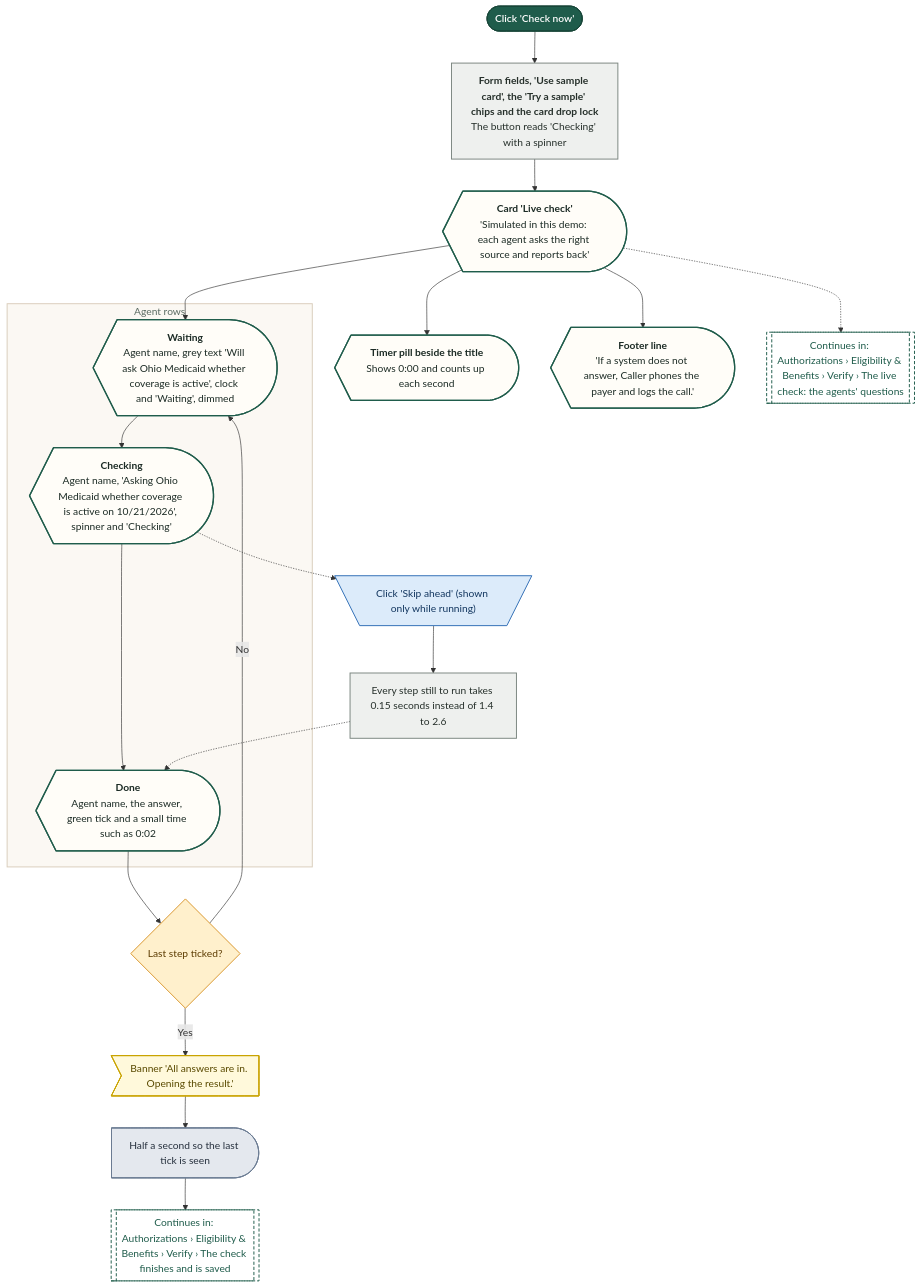
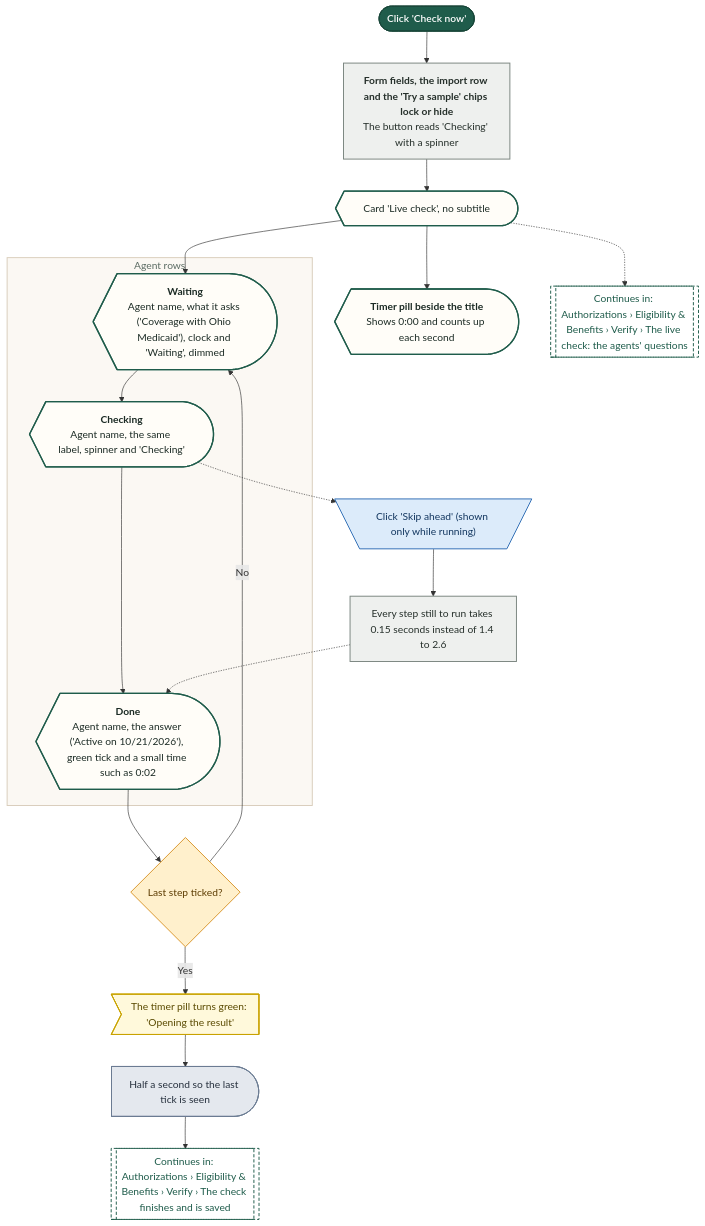
One commit to Shrav143/psyfloapp changed the ninth of 28 diagrams in demos/prior-auth-demo/workflows/out/md/05-eligibility.md. Above: the diagram before and after it, drawn with Mermaid. The commit also changed other lines of this file and 202 other files, not shown here.

First line of the commit message:
docs: round 6 README, CONVENTIONS, spec section 17, diagram module blurbs and 336 rebuilt diagrams

````diff
--- a/demos/prior-auth-demo/workflows/out/md/05-eligibility.md
+++ b/demos/prior-auth-demo/workflows/out/md/05-eligibility.md
@@ -655,56 +670,54 @@
 ```mermaid
 %%{init: {"theme":"base","themeVariables":{"fontFamily":"'DM Sans', 'Segoe UI', system-ui, sans-serif","fontSize":"15px","lineColor":"#5B6B63","primaryTextColor":"#1C2B25","clusterBkg":"#FBF8F3","clusterBorder":"#D9CDBB","edgeLabelBackground":"#FFFFFF"},"flowchart":{"curve":"basis","nodeSpacing":36,"rankSpacing":48,"padding":12,"htmlLabels":true,"useMaxWidth":false,"wrappingWidth":230}} }%%
 flowchart TD
   classDef k_start fill:#1F5C4B,stroke:#174638,color:#FFFFFF,stroke-width:1.5px,font-weight:600
   classDef k_end fill:#DDEFE3,stroke:#2E7D4F,color:#14502F,stroke-width:1.5px,font-weight:600
   classDef k_endx fill:#FBE3E0,stroke:#C0392B,color:#7A1F16,stroke-width:1.5px,font-weight:600
   classDef k_screen fill:#FFFDF8,stroke:#1F5C4B,color:#1C2B25,stroke-width:2px
   classDef k_overlay fill:#F1F7F3,stroke:#1F5C4B,color:#1C2B25,stroke-width:2px,stroke-dasharray:5 3
   classDef k_click fill:#DCEBFA,stroke:#2F6DB5,color:#12365F,stroke-width:1.5px
   classDef k_input fill:#E4E7FF,stroke:#4C5FD5,color:#1D2670,stroke-width:1.5px
   classDef k_process fill:#EEF0EE,stroke:#7A857F,color:#26302B,stroke-width:1.5px
   classDef k_agent fill:#EEE5FA,stroke:#7A4FC2,color:#341A63,stroke-width:1.5px
   classDef k_decision fill:#FFF0CC,stroke:#D9962B,color:#5C3B00,stroke-width:1.5px
   classDef k_store fill:#D5F0EA,stroke:#1C8E7B,color:#0B4A3F,stroke-width:1.5px
   classDef k_doc fill:#F6E9DC,stroke:#B07A4C,color:#4A2E14,stroke-width:1.5px
   classDef k_ext fill:#FFE6D2,stroke:#E07B39,color:#6B2F06,stroke-width:1.5px
   classDef k_wait fill:#E4E8EE,stroke:#6B7C93,color:#26303D,stroke-width:1.5px
   classDef k_toast fill:#FFF9DB,stroke:#C9A400,color:#5A4A00,stroke-width:1.5px
   classDef k_goto fill:#FFFFFF,stroke:#1F5C4B,color:#1F5C4B,stroke-width:1.5px,stroke-dasharray:5 3
   s1@{ shape: stadium, label: "Click 'Check now'" }
-  p1@{ shape: rect, label: "<b>Form fields, 'Use sample card', the 'Try a sample' chips and the card drop lock</b><br/>The button reads 'Checking' with a spinner" }
-  sc@{ shape: curv-trap, label: "<b>Card 'Live check'</b><br/>'Simulated in this demo: each agent asks the right source and reports back'" }
+  p1@{ shape: rect, label: "<b>Form fields, the import row and the 'Try a sample' chips lock or hide</b><br/>The button reads 'Checking' with a spinner" }
+  sc@{ shape: curv-trap, label: "Card 'Live check', no subtitle" }
   subgraph gRows ["Agent rows"]
-  r1@{ shape: curv-trap, label: "<b>Waiting</b><br/>Agent name, grey text 'Will ask Ohio Medicaid whether coverage is active', clock and 'Waiting', dimmed" }
-  r2@{ shape: curv-trap, label: "<b>Checking</b><br/>Agent name, 'Asking Ohio Medicaid whether coverage is active on 10/21/2026', spinner and 'Checking'" }
-  r3@{ shape: curv-trap, label: "<b>Done</b><br/>Agent name, the answer, green tick and a small time such as 0:02" }
+  r1@{ shape: curv-trap, label: "<b>Waiting</b><br/>Agent name, what it asks ('Coverage with Ohio Medicaid'), clock and 'Waiting', dimmed" }
+  r2@{ shape: curv-trap, label: "<b>Checking</b><br/>Agent name, the same label, spinner and 'Checking'" }
+  r3@{ shape: curv-trap, label: "<b>Done</b><br/>Agent name, the answer ('Active on 10/21/2026'), green tick and a small time such as 0:02" }
   end
   tm@{ shape: curv-trap, label: "<b>Timer pill beside the title</b><br/>Shows 0:00 and counts up each second" }
   k1@{ shape: trap-t, label: "Click 'Skip ahead' (shown only while running)" }
   p2@{ shape: rect, label: "Every step still to run takes 0.15 seconds instead of 1.4 to 2.6" }
   q1@{ shape: diam, label: "Last step ticked?" }
-  t1@{ shape: odd, label: "Banner 'All answers are in. Opening the result.'" }
+  t1@{ shape: odd, label: "The timer pill turns green: 'Opening the result'" }
   w1@{ shape: delay, label: "Half a second so the last tick is seen" }
-  ft@{ shape: curv-trap, label: "<b>Footer line</b><br/>'If a system does not answer, Caller phones the payer and logs the call.'" }
   g1@{ shape: subproc, label: "Continues in: Authorizations › Eligibility & Benefits › Verify › The live check: the agents' questions" }
   g2@{ shape: subproc, label: "Continues in: Authorizations › Eligibility & Benefits › Verify › The check finishes and is saved" }
   s1 --> p1 --> sc
   sc --> r1
   r1 --> r2 --> r3
   sc --> tm
-  sc --> ft
   sc -.-> g1
   r3 --> q1
   q1 -->|"No"| r1
   q1 -->|"Yes"| t1 --> w1 --> g2
   r2 -.-> k1 --> p2 -.-> r3
   class s1 k_start
   class p1,p2 k_process
-  class sc,r1,r2,r3,tm,ft k_screen
+  class sc,r1,r2,r3,tm k_screen
   class k1 k_click
   class q1 k_decision
   class t1 k_toast
   class w1 k_wait
   class g1,g2 k_goto
   style gRows fill:#FBF8F3,stroke:#D9CDBB,stroke-width:1.5px,color:#5B6B63
 ```
````
